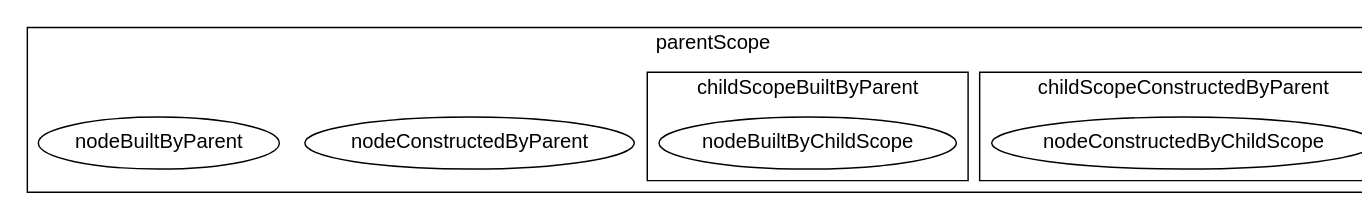
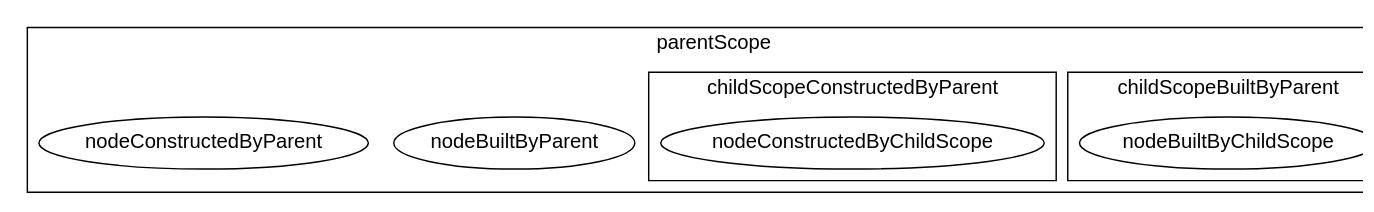
The diagram in test.graphs.example_scope_blue_print.dot (ggsuite/supply_chain), drawn with Graphviz before and after one commit. The commit also changed 10 other files, not shown here.

```diff
--- a/test.graphs.example_scope_blue_print.dot
+++ b/test.graphs.example_scope_blue_print.dot
@@ -1,31 +1,31 @@
 digraph unix {
   graph [ dpi = 75 ]; 
   graph [nodesep = 0.25; ranksep=0.25];
   fontname="Helvetica,Arial,sans-serif"
   node [fontname="Helvetica,Arial,sans-serif"]
   edge [fontname="Helvetica,Arial,sans-serif"]
   subgraph cluster_parentScope_2 {
     label = "parentScope"; // scope
-    nodeConstructedByParent_0 [
+    nodeBuiltByParent_0 [
+      label = "nodeBuiltByParent"; // node
+    ];
+    nodeConstructedByParent_1 [
       label = "nodeConstructedByParent"; // node
     ];
-    nodeBuiltByParent_1 [
-      label = "nodeBuiltByParent"; // node
-    ];
-    subgraph cluster_childScopeConstructedByParent_3 {
-      label = "childScopeConstructedByParent"; // scope
-      nodeConstructedByChildScope_2 [
-        label = "nodeConstructedByChildScope"; // node
+    subgraph cluster_childScopeBuiltByParent_3 {
+      label = "childScopeBuiltByParent"; // scope
+      nodeBuiltByChildScope_2 [
+        label = "nodeBuiltByChildScope"; // node
       ];
       
     }
-    subgraph cluster_childScopeBuiltByParent_4 {
-      label = "childScopeBuiltByParent"; // scope
-      nodeBuiltByChildScope_3 [
-        label = "nodeBuiltByChildScope"; // node
+    subgraph cluster_childScopeConstructedByParent_4 {
+      label = "childScopeConstructedByParent"; // scope
+      nodeConstructedByChildScope_3 [
+        label = "nodeConstructedByChildScope"; // node
       ];
       
     }
     
   }
 }
```
